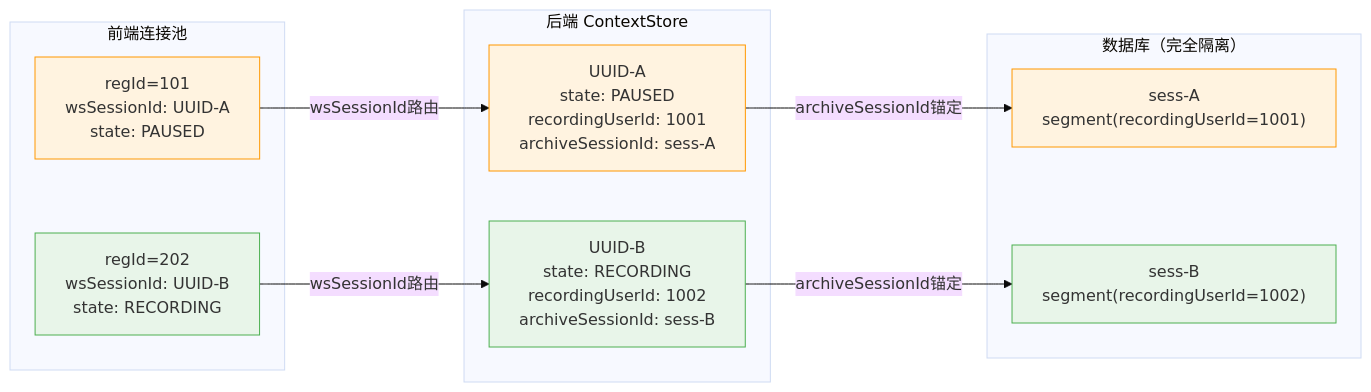
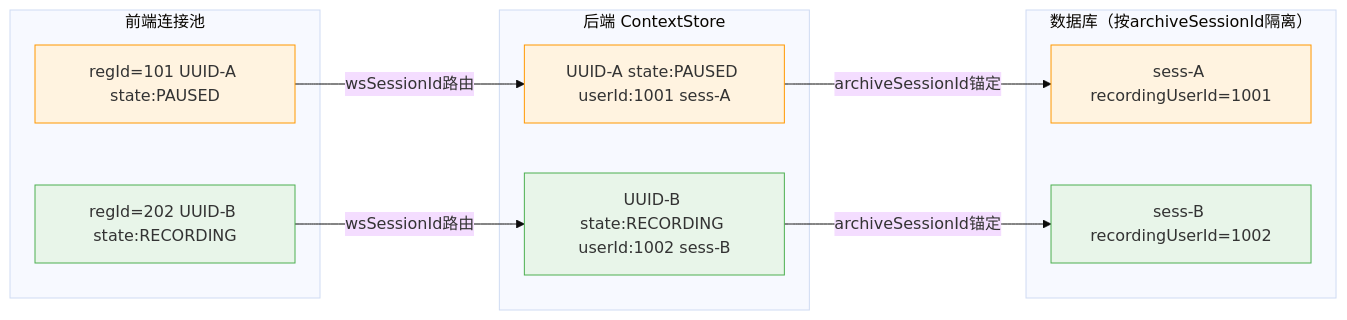
Before and after one commit to Gamehu/pictures-bed: the sixth of 6 diagrams in uml/goodsop/v1.5-recording/web-recording.md, drawn with Mermaid (base theme). The commit also changed other lines of this file and 1 other file, not shown here.

````diff
--- a/uml/goodsop/v1.5-recording/web-recording.md
+++ b/uml/goodsop/v1.5-recording/web-recording.md
@@ -262,29 +346,29 @@
 ```mermaid
 graph LR
     subgraph Pool["前端连接池"]
-        P1["regId=101\nwsSessionId: UUID-A\nstate: PAUSED"]
-        P2["regId=202\nwsSessionId: UUID-B\nstate: RECORDING"]
+        P1["regId=101 UUID-A state:PAUSED"]
+        P2["regId=202 UUID-B state:RECORDING"]
     end
 
     subgraph CtxStore["后端 ContextStore"]
-        C1["UUID-A\nstate: PAUSED\nrecordingUserId: 1001\narchiveSessionId: sess-A"]
-        C2["UUID-B\nstate: RECORDING\nrecordingUserId: 1002\narchiveSessionId: sess-B"]
+        C1["UUID-A state:PAUSED userId:1001 sess-A"]
+        C2["UUID-B state:RECORDING userId:1002 sess-B"]
     end
 
-    subgraph DB_LAYER["数据库（完全隔离）"]
-        D1["sess-A\nsegment(recordingUserId=1001)"]
-        D2["sess-B\nsegment(recordingUserId=1002)"]
+    subgraph DB_LAYER["数据库（按archiveSessionId隔离）"]
+        D1["sess-A recordingUserId=1001"]
+        D2["sess-B recordingUserId=1002"]
     end
 
     P1 -- "wsSessionId路由" --> C1
     P2 -- "wsSessionId路由" --> C2
     C1 -- "archiveSessionId锚定" --> D1
     C2 -- "archiveSessionId锚定" --> D2
 
     style P1 fill:#fff3e0,stroke:#FF9800
     style P2 fill:#e8f5e9,stroke:#4CAF50
     style C1 fill:#fff3e0,stroke:#FF9800
     style C2 fill:#e8f5e9,stroke:#4CAF50
     style D1 fill:#fff3e0,stroke:#FF9800
     style D2 fill:#e8f5e9,stroke:#4CAF50
 ```
````
